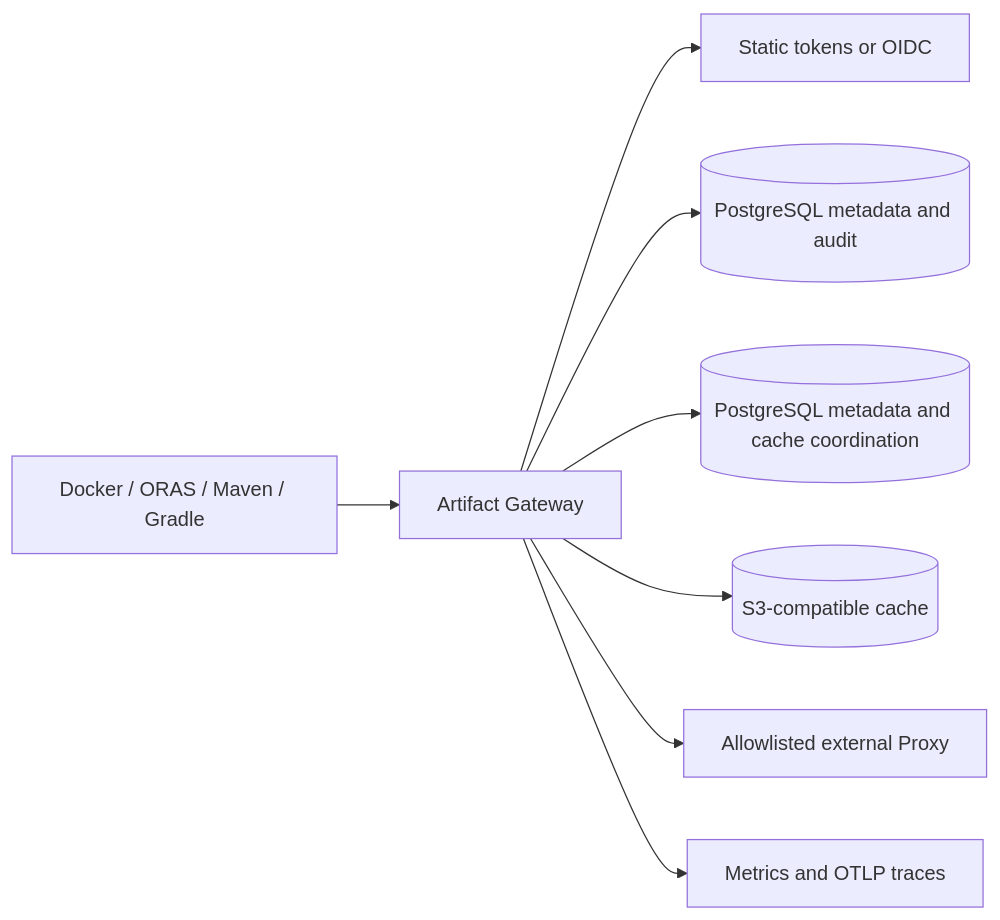
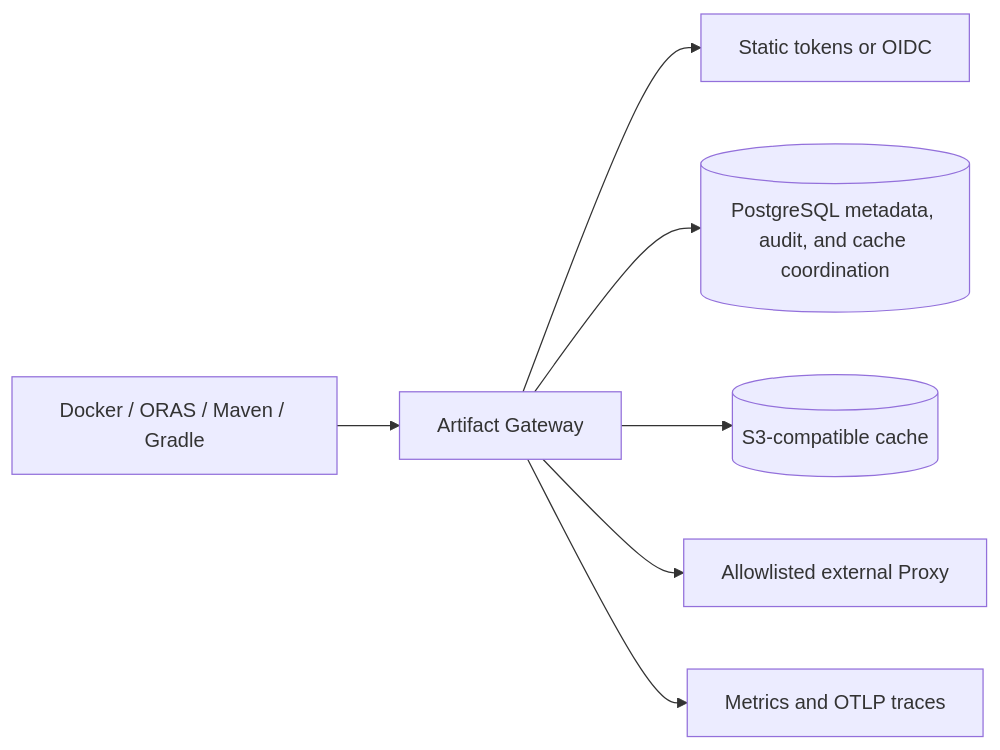
Before and after one commit to ccsert/artifact-gateway: the diagram in docs/release-readiness.md, drawn with Mermaid.

Commit message:
docs: clarify release readiness architecture

````diff
--- a/docs/release-readiness.md
+++ b/docs/release-readiness.md
@@ -98,10 +98,9 @@
 ```mermaid
 flowchart LR
   clients[Docker / ORAS / Maven / Gradle] --> gateway[Artifact Gateway]
   gateway --> auth[Static tokens or OIDC]
-  gateway --> db[(PostgreSQL metadata and audit)]
-	  gateway --> postgres[(PostgreSQL metadata and cache coordination)]
+  gateway --> postgres[(PostgreSQL metadata, audit, and cache coordination)]
   gateway --> cache[(S3-compatible cache)]
   gateway --> proxy[Allowlisted external Proxy]
   gateway --> telemetry[Metrics and OTLP traces]
 ```
````
